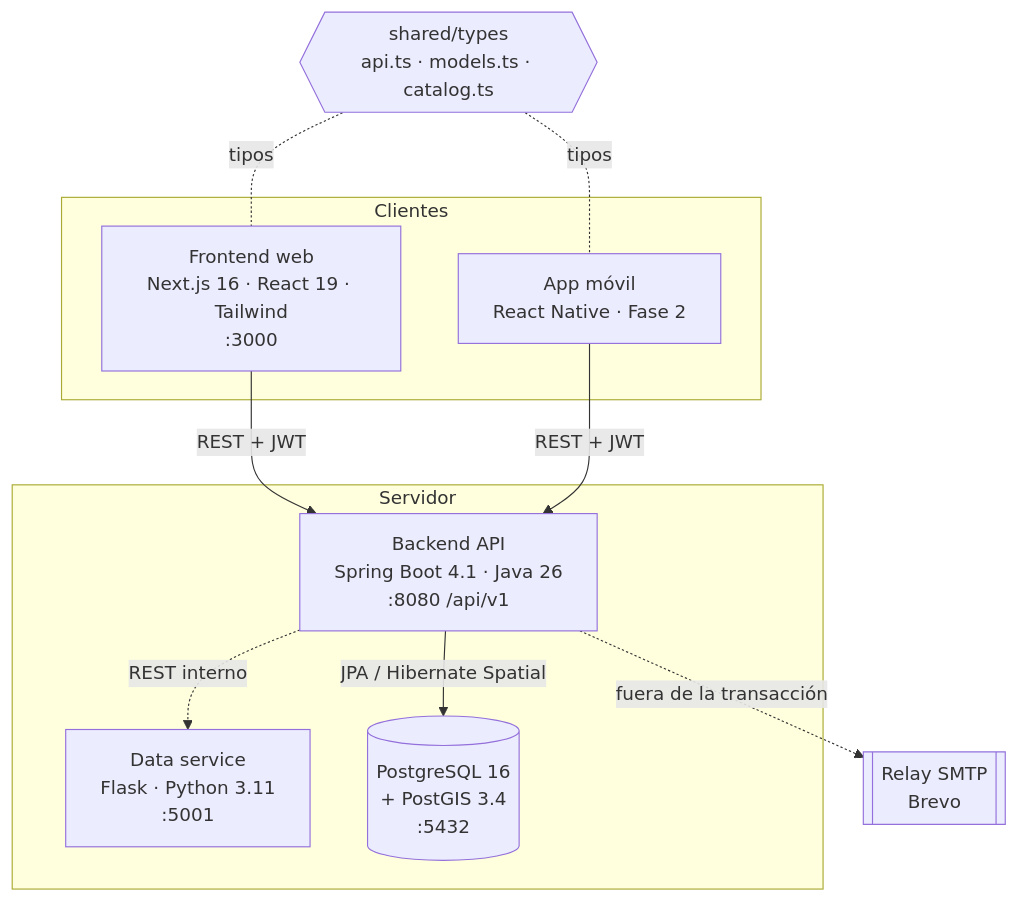
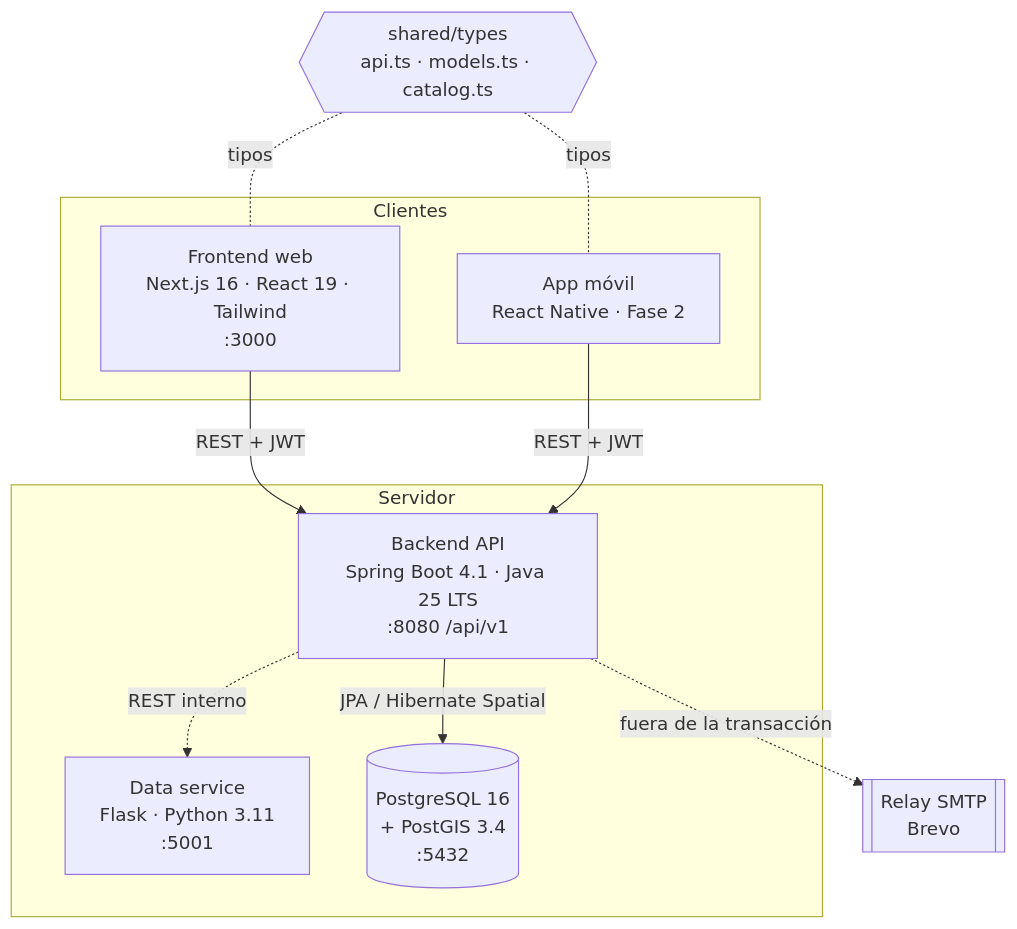
Before and after one commit to BotaniPUCP/Hesperides: the second of 6 diagrams in docs/arquitectura/analisis-y-diseno/Analisis_y_disenho.md, drawn with Mermaid. The commit also changed other lines of this file and 80 other files, not shown here.

````diff
--- a/docs/arquitectura/analisis-y-diseno/Analisis_y_disenho.md
+++ b/docs/arquitectura/analisis-y-diseno/Analisis_y_disenho.md
@@ -107,24 +107,24 @@
 ```mermaid
 flowchart TB
     subgraph Clientes
         WEB[Frontend web<br/>Next.js 16 · React 19 · Tailwind<br/>:3000]
         MOB[App móvil<br/>React Native · Fase 2]
     end
 
     subgraph Servidor
-        API[Backend API<br/>Spring Boot 4.1 · Java 26<br/>:8080 /api/v1]
+        API[Backend API<br/>Spring Boot 4.1 · Java 25 LTS<br/>:8080 /api/v1]
         DS[Data service<br/>Flask · Python 3.11<br/>:5001]
         DB[(PostgreSQL 16<br/>+ PostGIS 3.4<br/>:5432)]
     end
 
     SMTP[[Relay SMTP<br/>Brevo]]
     SHARED{{shared/types<br/>api.ts · models.ts · catalog.ts}}
 
     WEB -- REST + JWT --> API
     MOB -- REST + JWT --> API
     API -- JPA / Hibernate Spatial --> DB
     API -. REST interno .-> DS
     API -. fuera de la transacción .-> SMTP
     SHARED -. tipos .- WEB
     SHARED -. tipos .- MOB
 ```
````
